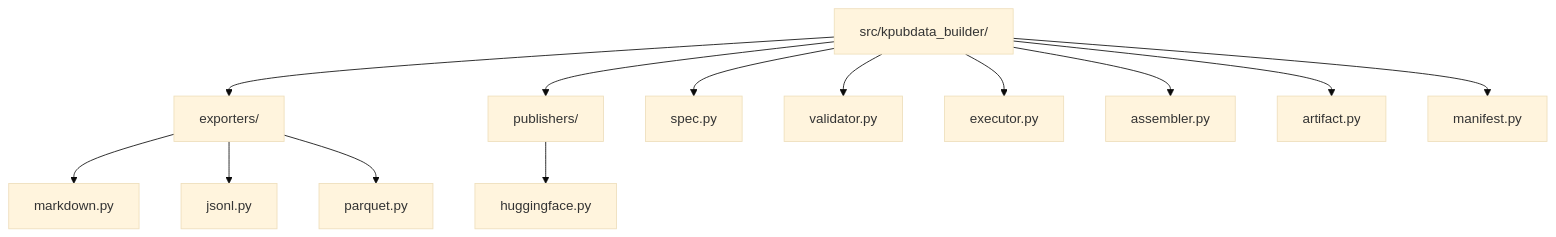
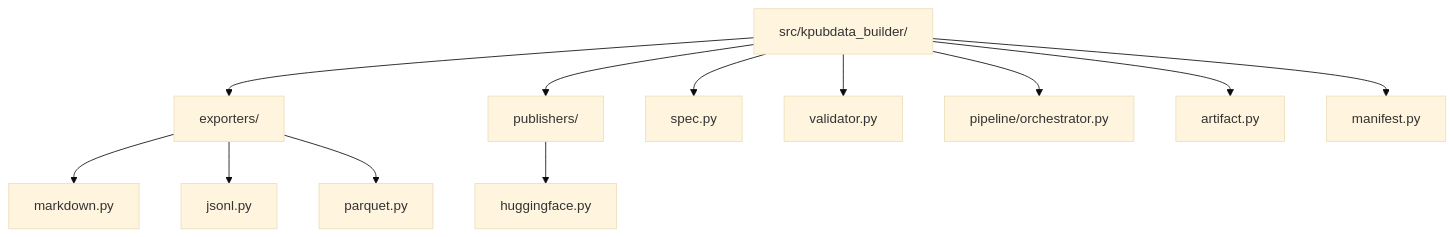
Before and after one commit to yeongseon/kpubdata-builder: the second of 2 diagrams in docs/index.md, drawn with Mermaid (base theme). The commit also changed other lines of this file and 5 other files, not shown here.

````diff
--- a/docs/index.md
+++ b/docs/index.md
@@ -138,17 +138,16 @@
 ```mermaid
 graph TD
     ROOT[src/kpubdata_builder/] --> E[exporters/]
     ROOT --> P[publishers/]
     ROOT --> S[spec.py]
     ROOT --> V[validator.py]
-    ROOT --> EX[executor.py]
-    ROOT --> A[assembler.py]
+    ROOT --> PL[pipeline/orchestrator.py]
     ROOT --> ART[artifact.py]
     ROOT --> M[manifest.py]
 
     E --> ME[markdown.py]
     E --> JE[jsonl.py]
     E --> PE[parquet.py]
 
     P --> HP[huggingface.py]
 ```
````
